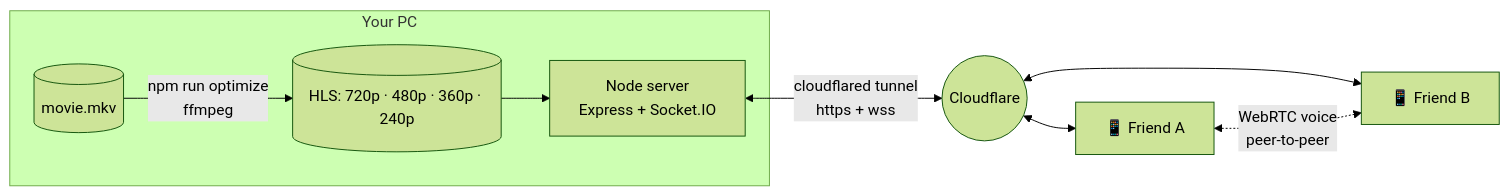
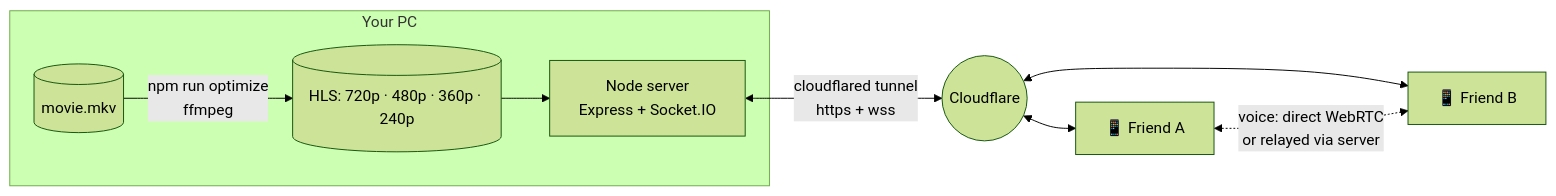
One commit to purna135/Movie-Night changed the diagram in README.md. Above: the diagram before and after it, drawn with Mermaid (forest theme). The commit also changed other lines of this file and 2 other files, not shown here.

First line of the commit message:
Voice: automatic fallback to a server relay when direct WebRTC fails

````diff
--- a/README.md
+++ b/README.md
@@ -117,12 +117,12 @@
 ```mermaid
 flowchart LR
   subgraph PC["Your PC"]
     M[(movie.mkv)] -->|npm run optimize<br/>ffmpeg| H[(HLS: 720p · 480p · 360p · 240p)]
     S[Node server<br/>Express + Socket.IO]
     H --> S
   end
   S <-->|cloudflared tunnel<br/>https + wss| CF((Cloudflare))
   CF <--> A[📱 Friend A]
   CF <--> B[📱 Friend B]
-  A <-.->|WebRTC voice<br/>peer-to-peer| B
+  A <-.->|voice: direct WebRTC<br/>or relayed via server| B
 ```
````
